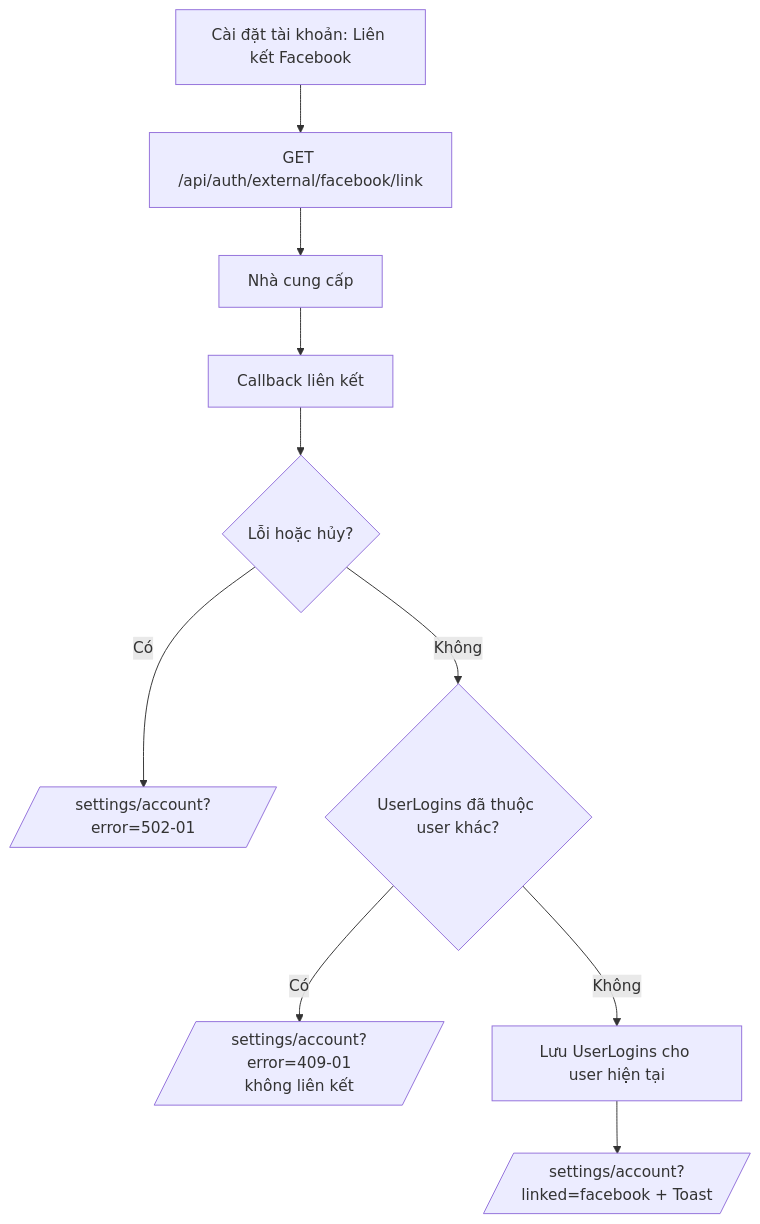
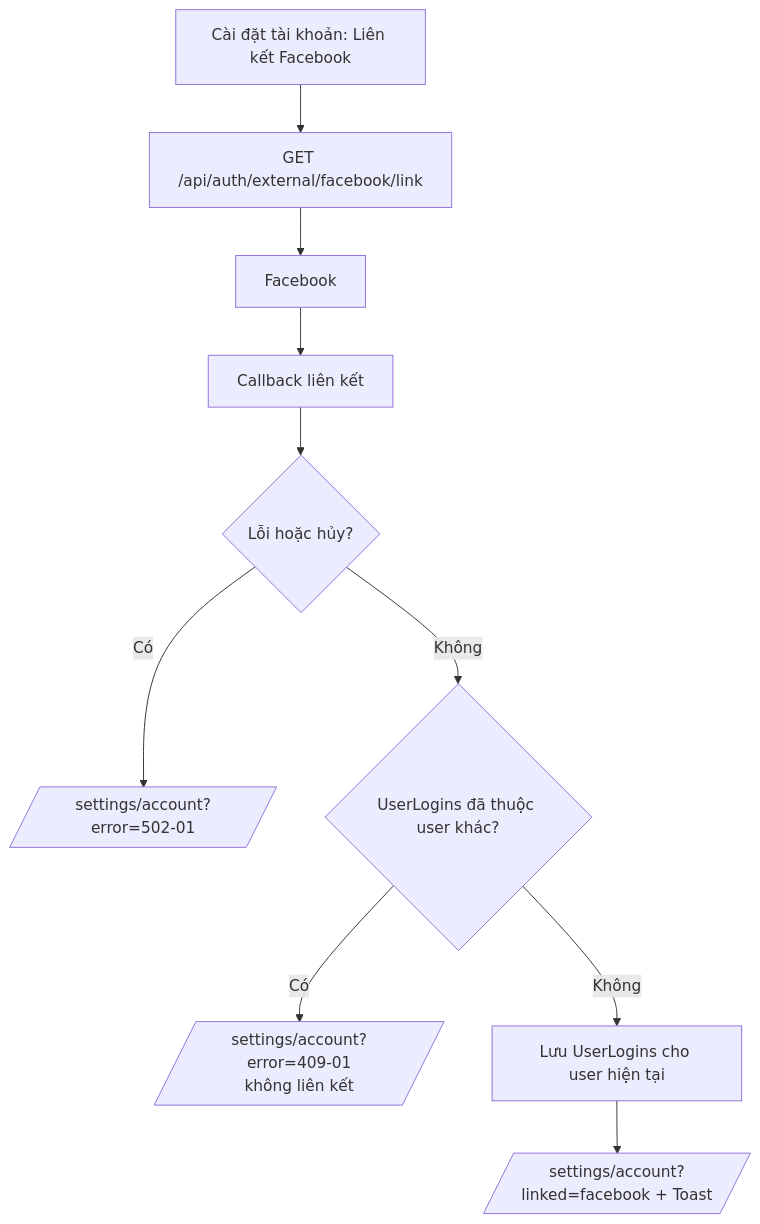
The fifth of 9 diagrams in docs/features/accounts/design/flows.md (pamela172103/Lingozi), drawn with Mermaid before and after one commit. The commit also changed other lines of this file and 15 other files, not shown here.

````diff
--- a/docs/features/accounts/design/flows.md
+++ b/docs/features/accounts/design/flows.md
@@ -95,10 +93,10 @@
 ```mermaid
 flowchart TD
     S[Cài đặt tài khoản: Liên kết Facebook] --> A[GET /api/auth/external/facebook/link]
-    A --> P[Nhà cung cấp] --> CB[Callback liên kết]
+    A --> P[Facebook] --> CB[Callback liên kết]
     CB --> X{Lỗi hoặc hủy?}
     X -- Có --> E1[/settings/account?error=502-01/]
     X -- Không --> L{UserLogins đã thuộc user khác?}
     L -- Có --> E2[/settings/account?error=409-01<br/>không liên kết/]
     L -- Không --> OK[Lưu UserLogins cho user hiện tại] --> T[/settings/account?linked=facebook + Toast/]
 ```
````
